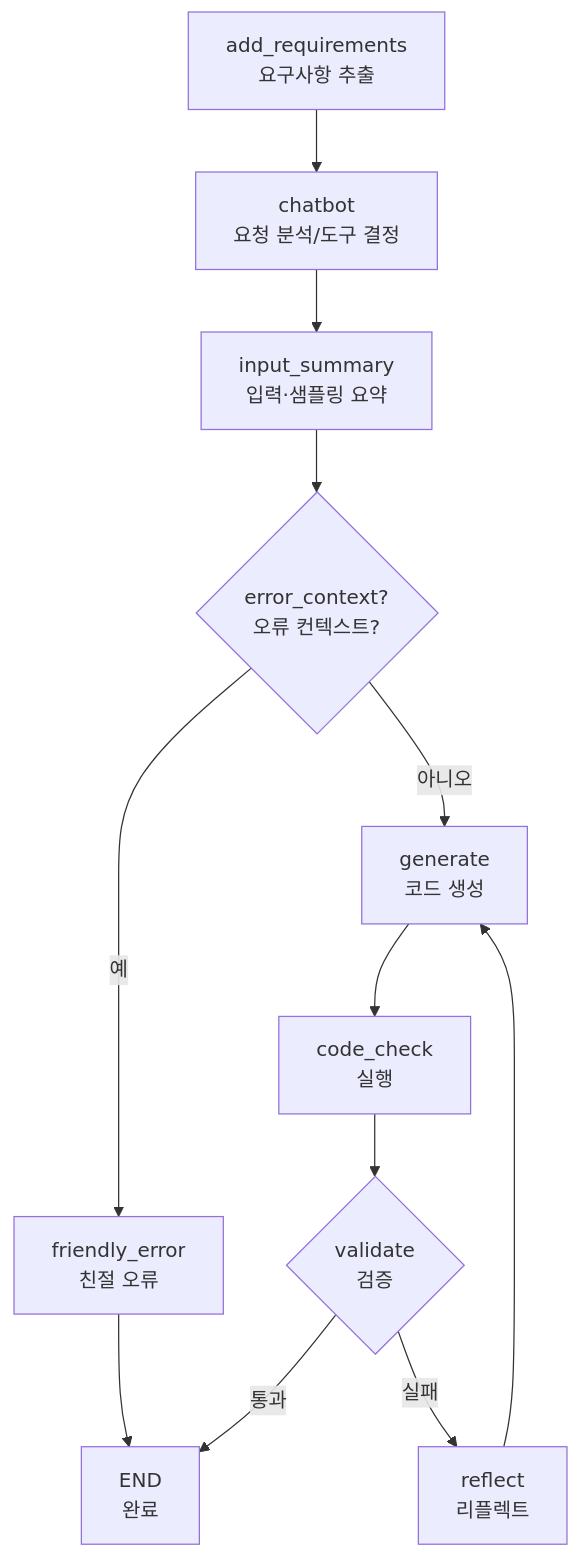
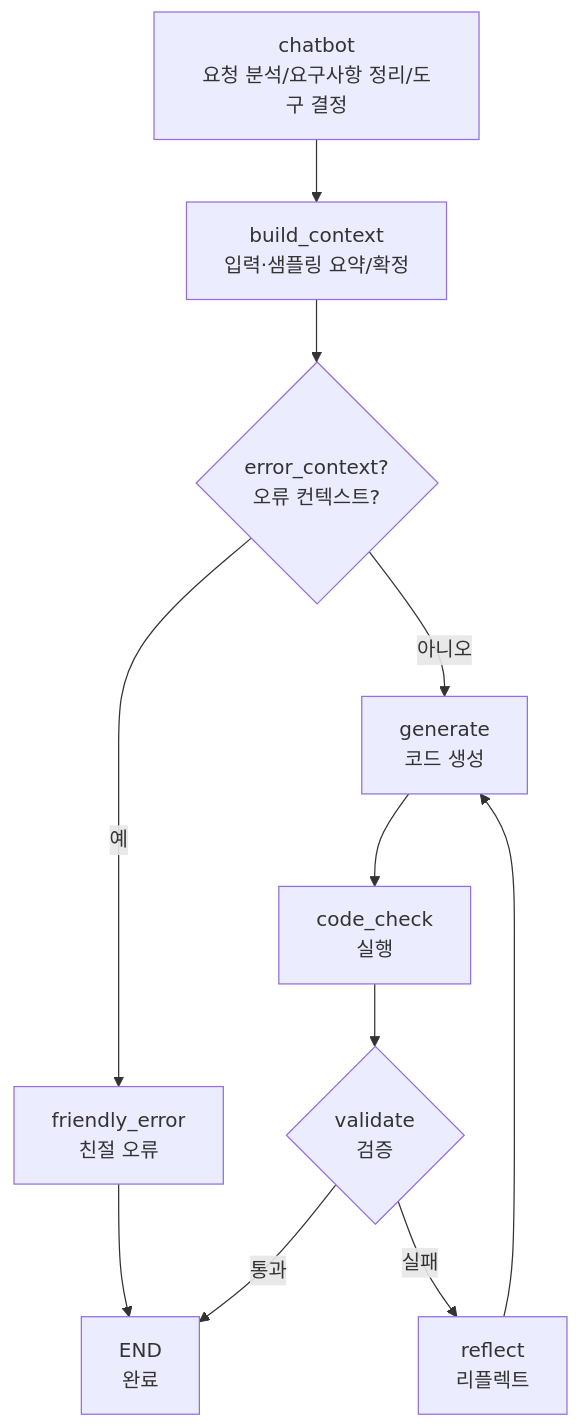
Before and after one commit to sonsukwoo/Data_preprocessing_auto: the second of 3 diagrams in README.md, drawn with Mermaid. The commit also changed other lines of this file and 5 other files, not shown here.

````diff
--- a/README.md
+++ b/README.md
@@ -114,12 +114,11 @@
 ```mermaid
 flowchart TD
-  A[add_requirements<br/>요구사항 추출] --> B[chatbot<br/>요청 분석/도구 결정]
-  B --> C[input_summary<br/>입력·샘플링 요약]
+  B[chatbot<br/>요청 분석/요구사항 정리/도구 결정] --> C[build_context<br/>입력·샘플링 요약/확정]
   C --> D{error_context?<br/>오류 컨텍스트?}
   D -->|예| X[friendly_error<br/>친절 오류] --> H[END<br/>완료]
   D -->|아니오| E[generate<br/>코드 생성]
   E --> F[code_check<br/>실행]
   F --> G{validate<br/>검증}
   G -->|통과| H
   G -->|실패| R[reflect<br/>리플렉트] --> E
 ```
````
